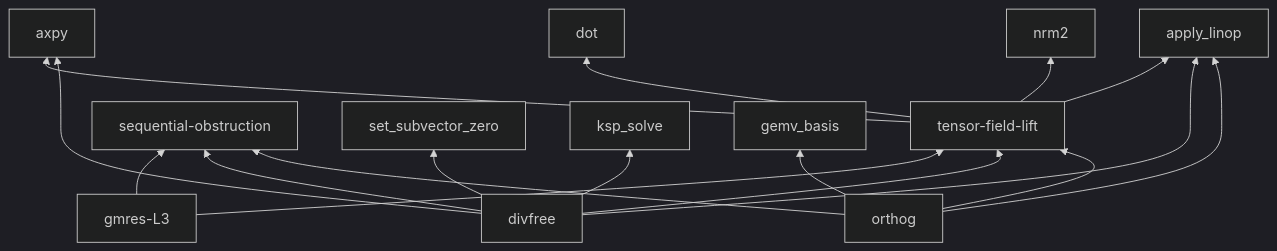
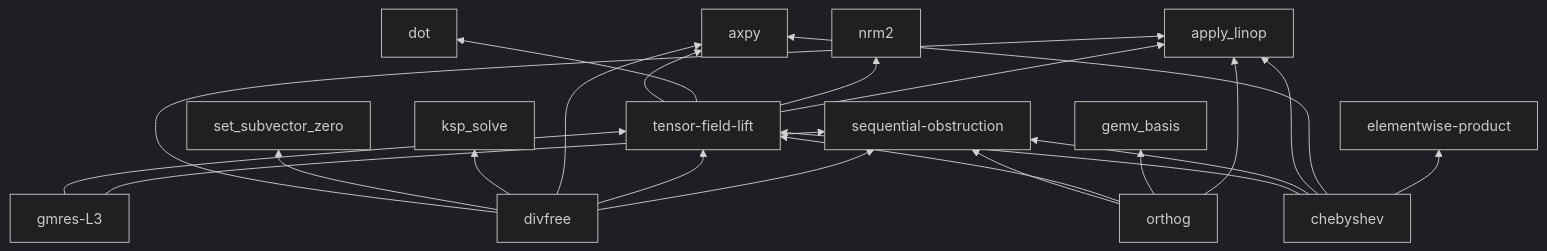
The fourth of 5 diagrams in book/src/concepts/dependency-map.md (crutcher/palace_whiteroom), drawn with Mermaid (dark theme) before and after one commit. The commit also changed 5 other files, not shown here.

````diff
--- a/book/src/concepts/dependency-map.md
+++ b/book/src/concepts/dependency-map.md
@@ -104,19 +104,24 @@
 ```mermaid
 graph BT
   tensor-field-lift --> axpy
   tensor-field-lift --> dot
   tensor-field-lift --> nrm2
   tensor-field-lift --> apply_linop
   gmres-L3 --> tensor-field-lift
   gmres-L3 --> sequential-obstruction
   divfree --> apply_linop
   divfree --> set_subvector_zero
   divfree --> ksp_solve
   divfree --> axpy
   divfree --> tensor-field-lift
   divfree --> sequential-obstruction
   orthog --> sequential-obstruction
   orthog --> tensor-field-lift
   orthog --> gemv_basis
   orthog --> apply_linop
+  chebyshev --> tensor-field-lift
+  chebyshev --> sequential-obstruction
+  chebyshev --> apply_linop
+  chebyshev --> axpy
+  chebyshev --> elementwise-product
 ```
````
